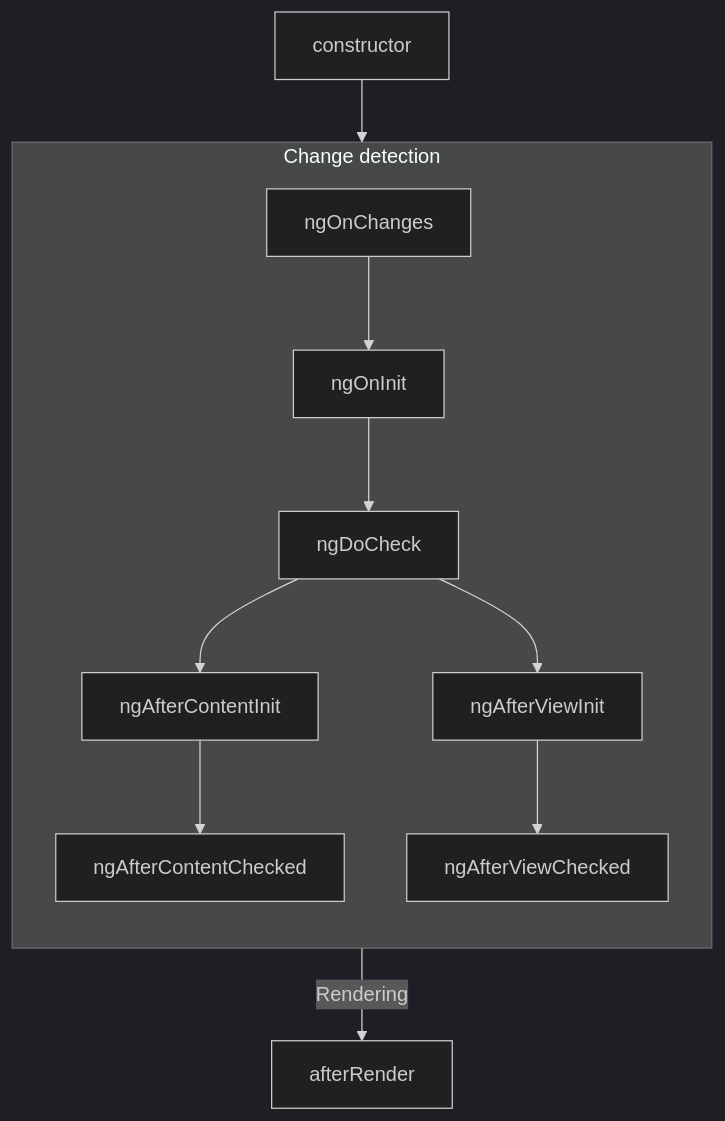
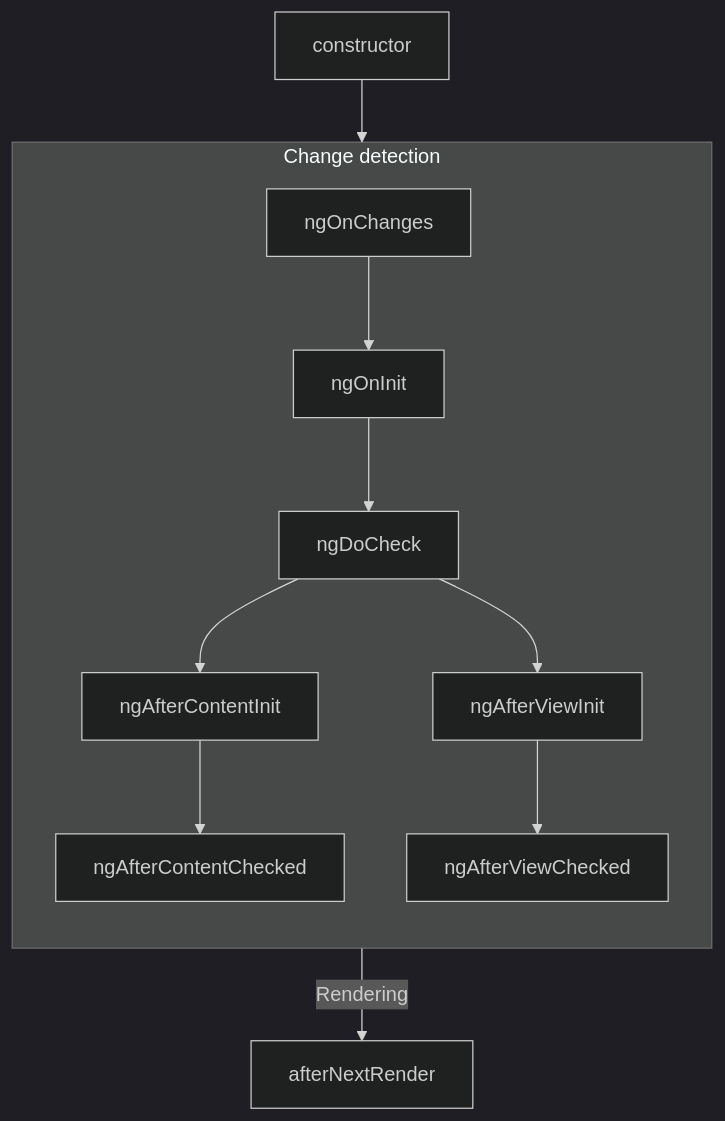
Before and after one commit to angular/angular: the first of 2 diagrams in adev/src/content/guide/components/lifecycle.md, drawn with Mermaid (dark theme). The commit also changed other lines of this file and 10 other files, not shown here.

First line of the commit message:
refactor(core): remove `afterRender` hook.

````diff
--- a/adev/src/content/guide/components/lifecycle.md
+++ b/adev/src/content/guide/components/lifecycle.md
@@ -317,14 +317,14 @@
 ```mermaid
 graph TD;
 id[constructor]-->CHANGE;
 subgraph CHANGE [Change detection]
 direction TB
 ngOnChanges-->ngOnInit;
 ngOnInit-->ngDoCheck;
 ngDoCheck-->ngAfterContentInit;
 ngDoCheck-->ngAfterViewInit
 ngAfterContentInit-->ngAfterContentChecked
 ngAfterViewInit-->ngAfterViewChecked
 end
-CHANGE--Rendering-->afterRender
+CHANGE--Rendering-->afterNextRender
 ```
````
